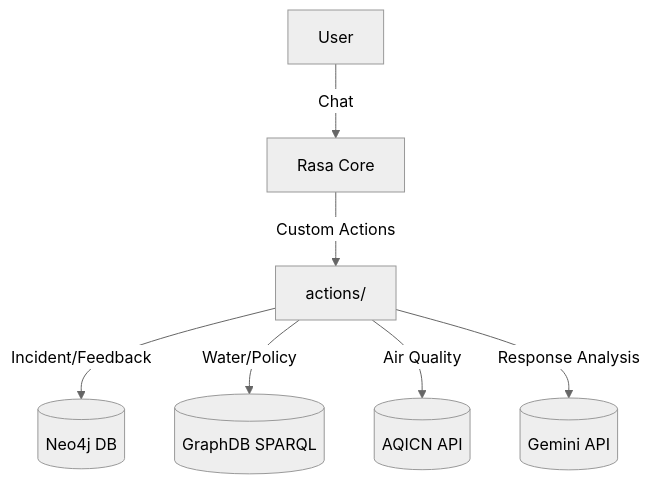
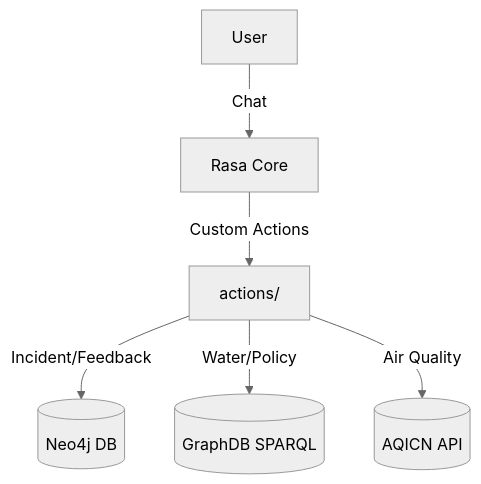
Before and after one commit to aryaayush190/EcoSentinel: the first of 2 diagrams in README.md, drawn with Mermaid (neutral theme).

````diff
--- a/README.md
+++ b/README.md
@@ -22,9 +22,9 @@
 ```mermaid
 graph TD
     User -->|Chat| Rasa["Rasa Core"]
     Rasa -->|Custom Actions| Actions["actions/"]
     Actions -->|Incident/Feedback| Neo4j[(Neo4j DB)]
     Actions -->|Water/Policy| GraphDB[(GraphDB SPARQL)]
     Actions -->|Air Quality| AQICN[(AQICN API)]
-    Actions -->|Response Analysis| Gemini[(Gemini API)]
+    
 ```
````
